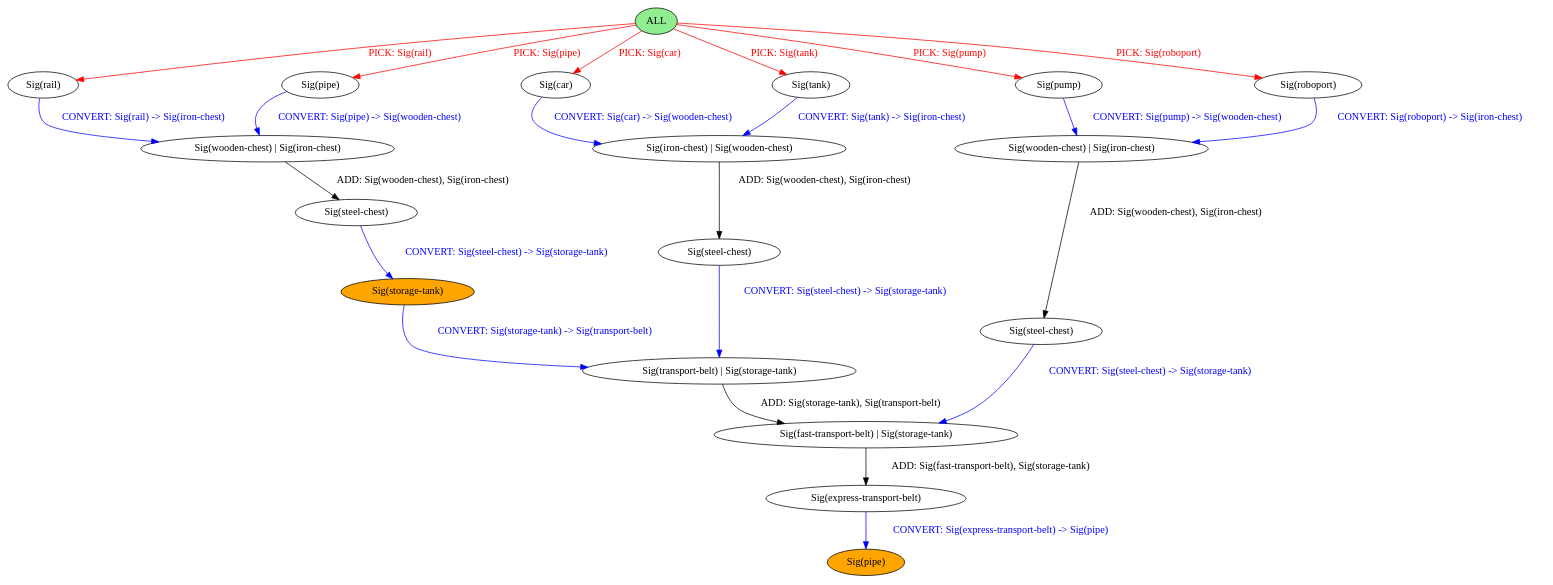
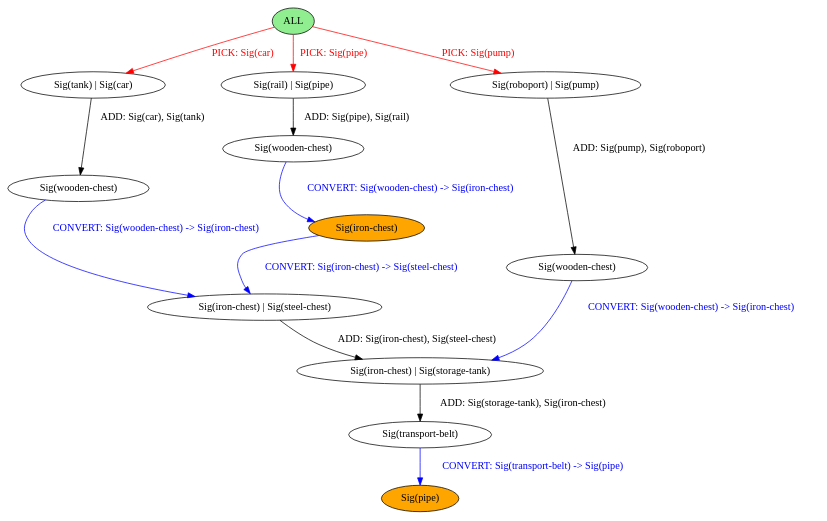
One commit to BalderHolst/chef changed the diagram in chef/example_outputs/multipule_block_copies.dot. Above: the diagram before and after it, drawn with Graphviz. The commit also changed 10 other files, not shown here.

Commit message:
Update and check new compiled dot graphs

```diff
--- a/chef/example_outputs/multipule_block_copies.dot
+++ b/chef/example_outputs/multipule_block_copies.dot
@@ -1,43 +1,31 @@
 strict digraph {
 	nodesep=1
-	4	[style=filled fillcolor=white label="Sig(iron-chest) | Sig(wooden-chest)"]
-	6	[style=filled fillcolor=white label="Sig(tank)"]
-	33	[style=filled fillcolor=orange label="Sig(pipe)"]
+	7	[style=filled fillcolor=white label="Sig(tank) | Sig(car)"]
+	6	[style=filled fillcolor=white label="Sig(wooden-chest)"]
 	0	[style=filled fillcolor=lightgreen label="ALL"]
-	12	[style=filled fillcolor=white label="Sig(steel-chest)"]
-	14	[style=filled fillcolor=orange label="Sig(storage-tank)"]
-	20	[style=filled fillcolor=white label="Sig(transport-belt) | Sig(storage-tank)"]
-	16	[style=filled fillcolor=white label="Sig(pipe)"]
-	28	[style=filled fillcolor=white label="Sig(pump)"]
-	24	[style=filled fillcolor=white label="Sig(steel-chest)"]
-	7	[style=filled fillcolor=white label="Sig(car)"]
-	32	[style=filled fillcolor=white label="Sig(express-transport-belt)"]
-	3	[style=filled fillcolor=white label="Sig(steel-chest)"]
-	13	[style=filled fillcolor=white label="Sig(wooden-chest) | Sig(iron-chest)"]
-	15	[style=filled fillcolor=white label="Sig(rail)"]
-	31	[style=filled fillcolor=white label="Sig(fast-transport-belt) | Sig(storage-tank)"]
-	25	[style=filled fillcolor=white label="Sig(wooden-chest) | Sig(iron-chest)"]
-	27	[style=filled fillcolor=white label="Sig(roboport)"]
-	4 -> 3	[label="ADD: Sig(wooden-chest), Sig(iron-chest)" color=black fontcolor=black]
-	6 -> 4	[label="CONVERT: Sig(tank) -> Sig(iron-chest)" color=blue fontcolor=blue]
-	0 -> 6	[label="PICK: Sig(tank)" color=red fontcolor=red]
+	13	[style=filled fillcolor=white label="Sig(wooden-chest)"]
+	14	[style=filled fillcolor=white label="Sig(rail) | Sig(pipe)"]
+	10	[style=filled fillcolor=orange label="Sig(iron-chest)"]
+	23	[style=filled fillcolor=white label="Sig(wooden-chest)"]
+	16	[style=filled fillcolor=white label="Sig(iron-chest) | Sig(steel-chest)"]
+	25	[style=filled fillcolor=white label="Sig(iron-chest) | Sig(storage-tank)"]
+	24	[style=filled fillcolor=white label="Sig(roboport) | Sig(pump)"]
+	27	[style=filled fillcolor=orange label="Sig(pipe)"]
+	26	[style=filled fillcolor=white label="Sig(transport-belt)"]
+	7 -> 6	[label="ADD: Sig(car), Sig(tank)" color=black fontcolor=black]
+	6 -> 16	[label="CONVERT: Sig(wooden-chest) -> Sig(iron-chest)" color=blue fontcolor=blue]
+	0 -> 7	[label="PICK: Sig(tank)" color=red fontcolor=red]
 	0 -> 7	[label="PICK: Sig(car)" color=red fontcolor=red]
-	0 -> 15	[label="PICK: Sig(rail)" color=red fontcolor=red]
-	0 -> 16	[label="PICK: Sig(pipe)" color=red fontcolor=red]
-	0 -> 27	[label="PICK: Sig(roboport)" color=red fontcolor=red]
-	0 -> 28	[label="PICK: Sig(pump)" color=red fontcolor=red]
-	12 -> 14	[label="CONVERT: Sig(steel-chest) -> Sig(storage-tank)" color=blue fontcolor=blue]
-	14 -> 20	[label="CONVERT: Sig(storage-tank) -> Sig(transport-belt)" color=blue fontcolor=blue]
-	20 -> 31	[label="ADD: Sig(storage-tank), Sig(transport-belt)" color=black fontcolor=black]
-	16 -> 13	[label="CONVERT: Sig(pipe) -> Sig(wooden-chest)" color=blue fontcolor=blue]
-	28 -> 25	[label="CONVERT: Sig(pump) -> Sig(wooden-chest)" color=blue fontcolor=blue]
-	24 -> 31	[label="CONVERT: Sig(steel-chest) -> Sig(storage-tank)" color=blue fontcolor=blue]
-	7 -> 4	[label="CONVERT: Sig(car) -> Sig(wooden-chest)" color=blue fontcolor=blue]
-	32 -> 33	[label="CONVERT: Sig(express-transport-belt) -> Sig(pipe)" color=blue fontcolor=blue]
-	3 -> 20	[label="CONVERT: Sig(steel-chest) -> Sig(storage-tank)" color=blue fontcolor=blue]
-	13 -> 12	[label="ADD: Sig(wooden-chest), Sig(iron-chest)" color=black fontcolor=black]
-	15 -> 13	[label="CONVERT: Sig(rail) -> Sig(iron-chest)" color=blue fontcolor=blue]
-	31 -> 32	[label="ADD: Sig(fast-transport-belt), Sig(storage-tank)" color=black fontcolor=black]
-	25 -> 24	[label="ADD: Sig(wooden-chest), Sig(iron-chest)" color=black fontcolor=black]
-	27 -> 25	[label="CONVERT: Sig(roboport) -> Sig(iron-chest)" color=blue fontcolor=blue]
+	0 -> 14	[label="PICK: Sig(rail)" color=red fontcolor=red]
+	0 -> 14	[label="PICK: Sig(pipe)" color=red fontcolor=red]
+	0 -> 24	[label="PICK: Sig(roboport)" color=red fontcolor=red]
+	0 -> 24	[label="PICK: Sig(pump)" color=red fontcolor=red]
+	13 -> 10	[label="CONVERT: Sig(wooden-chest) -> Sig(iron-chest)" color=blue fontcolor=blue]
+	14 -> 13	[label="ADD: Sig(pipe), Sig(rail)" color=black fontcolor=black]
+	10 -> 16	[label="CONVERT: Sig(iron-chest) -> Sig(steel-chest)" color=blue fontcolor=blue]
+	23 -> 25	[label="CONVERT: Sig(wooden-chest) -> Sig(iron-chest)" color=blue fontcolor=blue]
+	16 -> 25	[label="ADD: Sig(iron-chest), Sig(steel-chest)" color=black fontcolor=black]
+	25 -> 26	[label="ADD: Sig(storage-tank), Sig(iron-chest)" color=black fontcolor=black]
+	24 -> 23	[label="ADD: Sig(pump), Sig(roboport)" color=black fontcolor=black]
+	26 -> 27	[label="CONVERT: Sig(transport-belt) -> Sig(pipe)" color=blue fontcolor=blue]
 }
```
